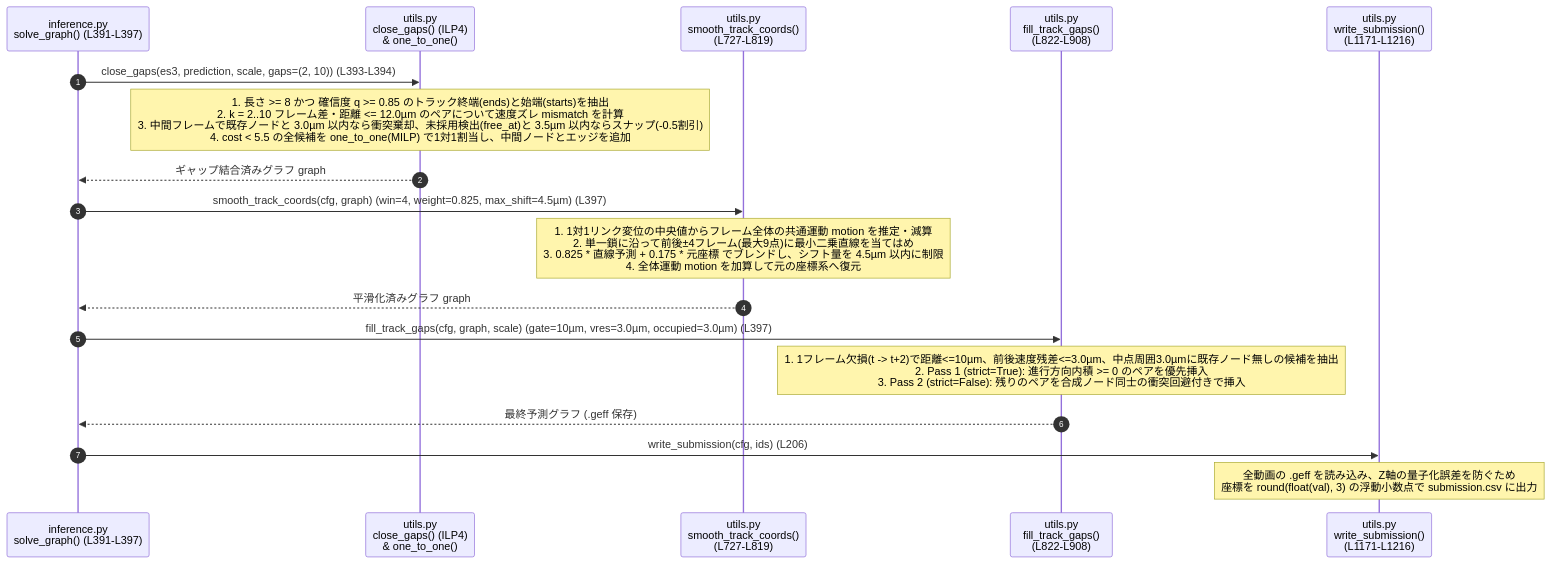
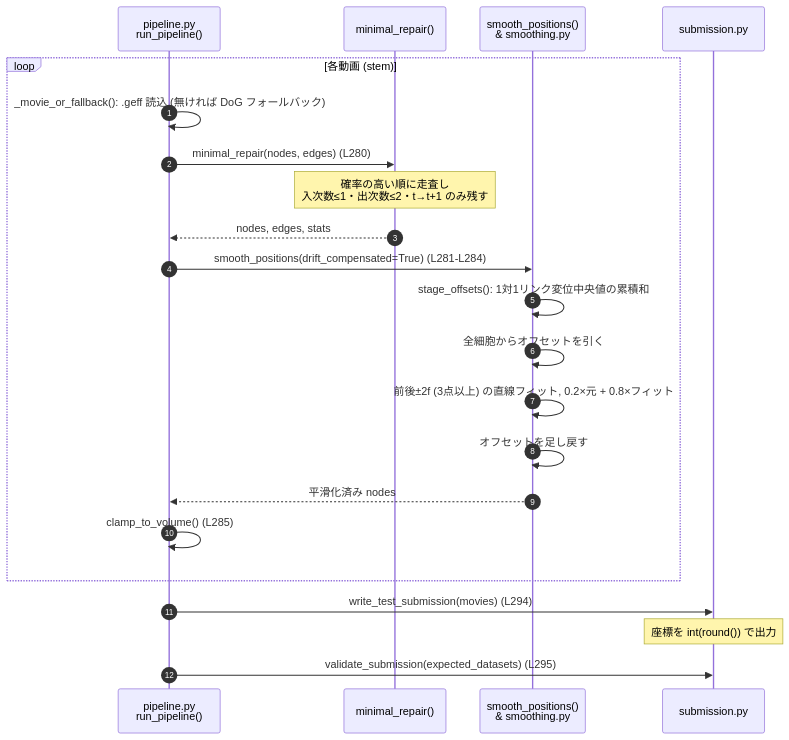
One commit to kito2718/kgle_001_BCT_Episode changed the seventh of 9 diagrams in episode/Summary&Conclusion/6th-place-summary.md. Above: the diagram before and after it, drawn with Mermaid. The commit also changed other lines of this file, not shown here.

````diff
--- a/episode/Summary&Conclusion/6th-place-summary.md
+++ b/episode/Summary&Conclusion/6th-place-summary.md
@@ -600,24 +671,25 @@
 ```mermaid
 sequenceDiagram
     autonumber
-    participant Solve as inference.py<br/>solve_graph() (L391-L397)
-    participant Gap4 as utils.py<br/>close_gaps() (ILP4)<br/>& one_to_one()
-    participant Smooth as utils.py<br/>smooth_track_coords()<br/>(L727-L819)
-    participant Fill1 as utils.py<br/>fill_track_gaps()<br/>(L822-L908)
-    participant Sub as utils.py<br/>write_submission()<br/>(L1171-L1216)
+    participant Run as pipeline.py<br/>run_pipeline()
+    participant Repair as minimal_repair()
+    participant Smooth as smooth_positions()<br/>& smoothing.py
+    participant Sub as submission.py
 
-    Solve->>Gap4: close_gaps(es3, prediction, scale, gaps=(2, 10)) (L393-L394)
-    Note over Gap4: 1. 長さ >= 8 かつ 確信度 q >= 0.85 のトラック終端(ends)と始端(starts)を抽出<br/>2. k = 2..10 フレーム差・距離 <= 12.0µm のペアについて速度ズレ mismatch を計算<br/>3. 中間フレームで既存ノードと 3.0µm 以内なら衝突棄却、未採用検出(free_at)と 3.5µm 以内ならスナップ(-0.5割引)<br/>4. cost < 5.5 の全候補を one_to_one(MILP) で1対1割当し、中間ノードとエッジを追加
-    Gap4-->>Solve: ギャップ結合済みグラフ graph
-
-    Solve->>Smooth: smooth_track_coords(cfg, graph) (win=4, weight=0.825, max_shift=4.5µm) (L397)
-    Note over Smooth: 1. 1対1リンク変位の中央値からフレーム全体の共通運動 motion を推定・減算<br/>2. 単一鎖に沿って前後±4フレーム(最大9点)に最小二乗直線を当てはめ<br/>3. 0.825 * 直線予測 + 0.175 * 元座標 でブレンドし、シフト量を 4.5µm 以内に制限<br/>4. 全体運動 motion を加算して元の座標系へ復元
-    Smooth-->>Solve: 平滑化済みグラフ graph
-
-    Solve->>Fill1: fill_track_gaps(cfg, graph, scale) (gate=10µm, vres=3.0µm, occupied=3.0µm) (L397)
-    Note over Fill1: 1. 1フレーム欠損(t -> t+2)で距離<=10µm、前後速度残差<=3.0µm、中点周囲3.0µmに既存ノード無しの候補を抽出<br/>2. Pass 1 (strict=True): 進行方向内積 >= 0 のペアを優先挿入<br/>3. Pass 2 (strict=False): 残りのペアを合成ノード同士の衝突回避付きで挿入
-    Fill1-->>Solve: 最終予測グラフ (.geff 保存)
-
-    Solve->>Sub: write_submission(cfg, ids) (L206)
-    Note over Sub: 全動画の .geff を読み込み、Z軸の量子化誤差を防ぐため<br/>座標を round(float(val), 3) の浮動小数点で submission.csv に出力
+    loop 各動画 (stem)
+        Run->>Run: _movie_or_fallback(): .geff 読込 (無ければ DoG フォールバック)
+        Run->>Repair: minimal_repair(nodes, edges) (L280)
+        Note over Repair: 確率の高い順に走査し<br/>入次数≤1・出次数≤2・t→t+1 のみ残す
+        Repair-->>Run: nodes, edges, stats
+        Run->>Smooth: smooth_positions(drift_compensated=True) (L281-L284)
+        Smooth->>Smooth: stage_offsets(): 1対1リンク変位中央値の累積和
+        Smooth->>Smooth: 全細胞からオフセットを引く
+        Smooth->>Smooth: 前後±2f (3点以上) の直線フィット, 0.2×元 + 0.8×フィット
+        Smooth->>Smooth: オフセットを足し戻す
+        Smooth-->>Run: 平滑化済み nodes
+        Run->>Run: clamp_to_volume() (L285)
+    end
+    Run->>Sub: write_test_submission(movies) (L294)
+    Note over Sub: 座標を int(round()) で出力
+    Run->>Sub: validate_submission(expected_datasets) (L295)
 ```
````
